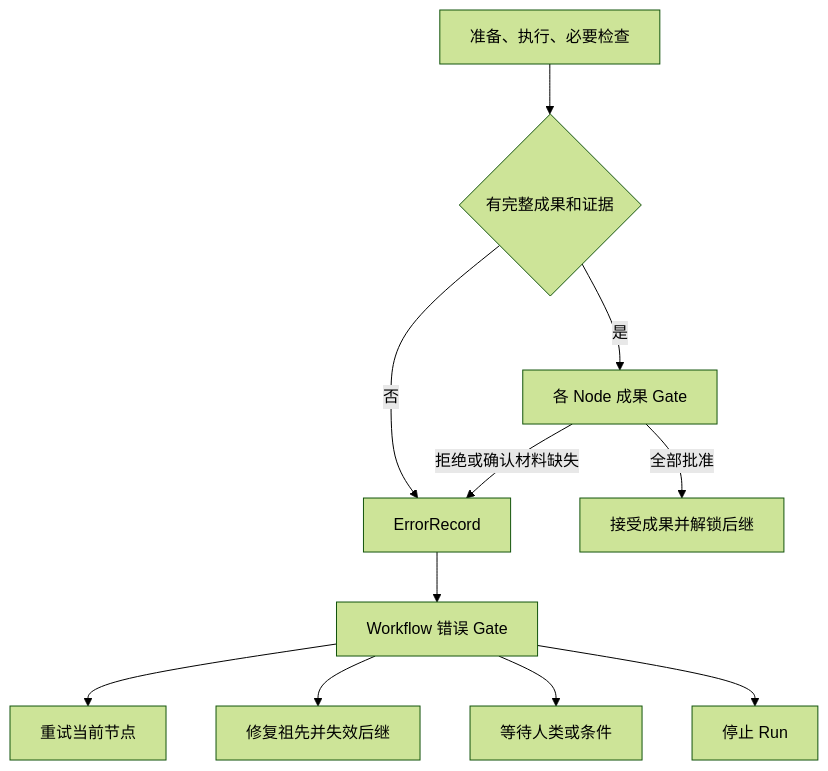
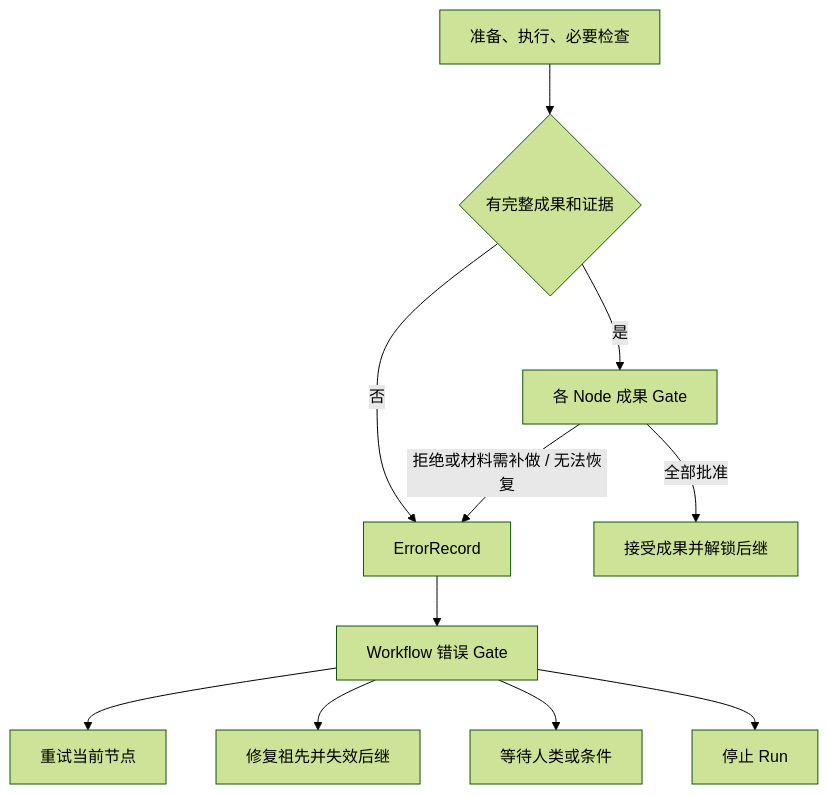
Before and after one commit to LingMessy/facetloom: the second of 3 diagrams in design/03-governance.md, drawn with Mermaid (forest theme). The commit also changed other lines of this file and 9 other files, not shown here.

````diff
--- a/design/03-governance.md
+++ b/design/03-governance.md
@@ -187,13 +191,13 @@
 ```mermaid
 flowchart TD
     A[准备、执行、必要检查] --> B{有完整成果和证据}
     B -->|是| C[各 Node 成果 Gate]
     B -->|否| E[ErrorRecord]
     C -->|全部批准| OK[接受成果并解锁后继]
-    C -->|拒绝或确认材料缺失| E
+    C -->|拒绝或材料需补做 / 无法恢复| E
     E --> G[Workflow 错误 Gate]
     G --> R[重试当前节点]
     G --> U[修复祖先并失效后继]
     G --> W[等待人类或条件]
     G --> S[停止 Run]
 ```
````
